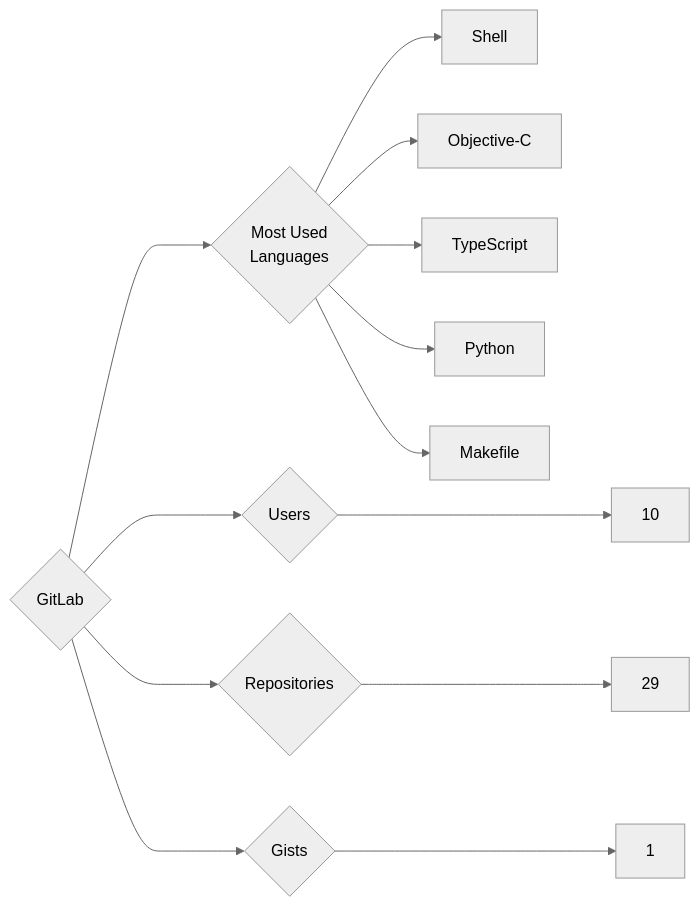
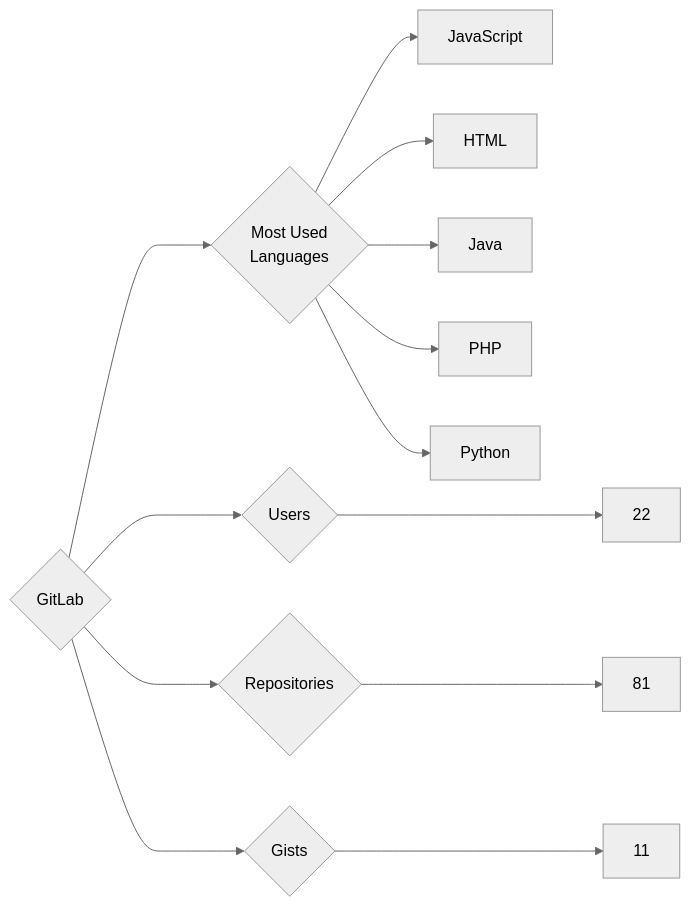
Before and after one commit to trickest/insiders: the diagram in targets/GitLab/README.md, drawn with Mermaid (neutral theme). The commit also changed 1055 other files, not shown here.

````diff
--- a/targets/GitLab/README.md
+++ b/targets/GitLab/README.md
@@ -3,13 +3,13 @@
 ```mermaid
 graph LR
 COMPANY_NAME{GitLab}
-COMPANY_NAME ---> U{Users} ---> UN[10]
-COMPANY_NAME ---> R{Repositories} ---> RN[29]
-COMPANY_NAME ---> G{Gists} ---> GN[1]
+COMPANY_NAME ---> U{Users} ---> UN[22]
+COMPANY_NAME ---> R{Repositories} ---> RN[81]
+COMPANY_NAME ---> G{Gists} ---> GN[11]
 COMPANY_NAME ---> ML{Most Used<br>Languages}
-ML --> Shell[Shell]
-ML --> Objective-C[Objective-C]
-ML --> TypeScript[TypeScript]
+ML --> JavaScript[JavaScript]
+ML --> HTML[HTML]
+ML --> Java[Java]
+ML --> PHP[PHP]
 ML --> Python[Python]
-ML --> Makefile[Makefile]
 ```
````
